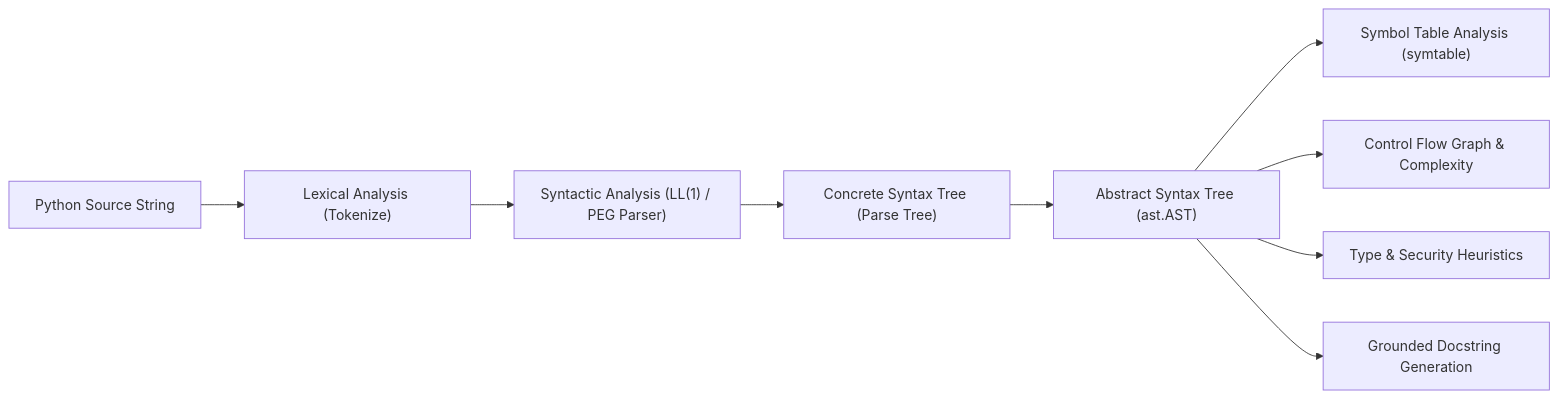
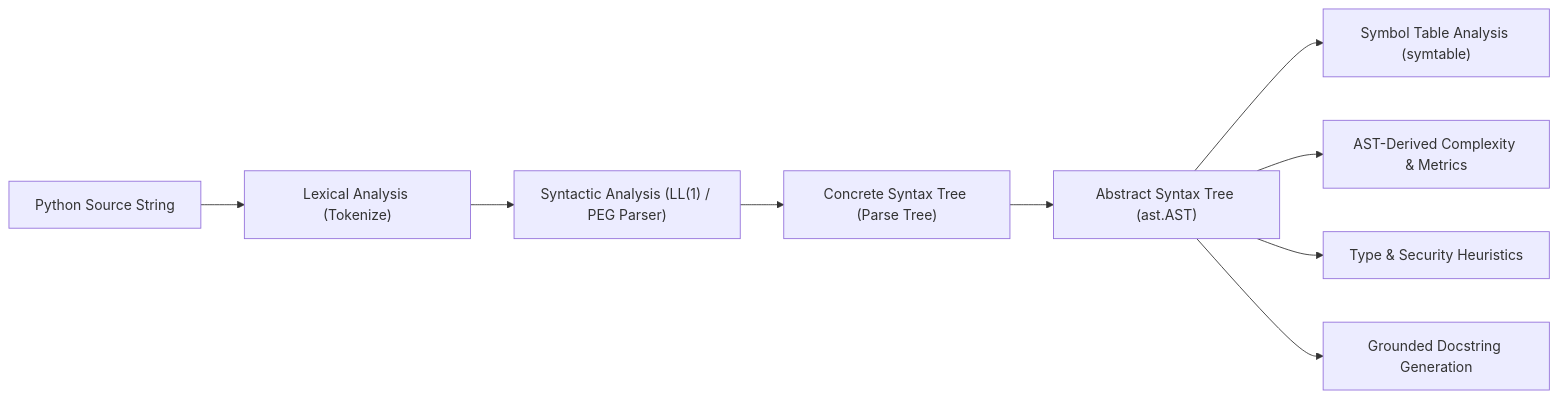
Before and after one commit to RadhashyamGurugubelli/Intelligent_code-CommentGeneration_Via-AST: the diagram in README.md, drawn with Mermaid. The commit also changed other lines of this file and 21 other files, not shown here.

````diff
--- a/README.md
+++ b/README.md
@@ -70,11 +70,11 @@
 ```mermaid
 flowchart LR
     Source["Python Source String"] --> Lexer["Lexical Analysis (Tokenize)"]
     Lexer --> Parser["Syntactic Analysis (LL(1) / PEG Parser)"]
     Parser --> CST["Concrete Syntax Tree (Parse Tree)"]
     CST --> AST["Abstract Syntax Tree (ast.AST)"]
     AST --> SymTab["Symbol Table Analysis (symtable)"]
-    AST --> CFG["Control Flow Graph & Complexity"]
+    AST --> Complexity["AST-Derived Complexity & Metrics"]
     AST --> Quality["Type & Security Heuristics"]
     AST --> Scribe["Grounded Docstring Generation"]
 ```
````
